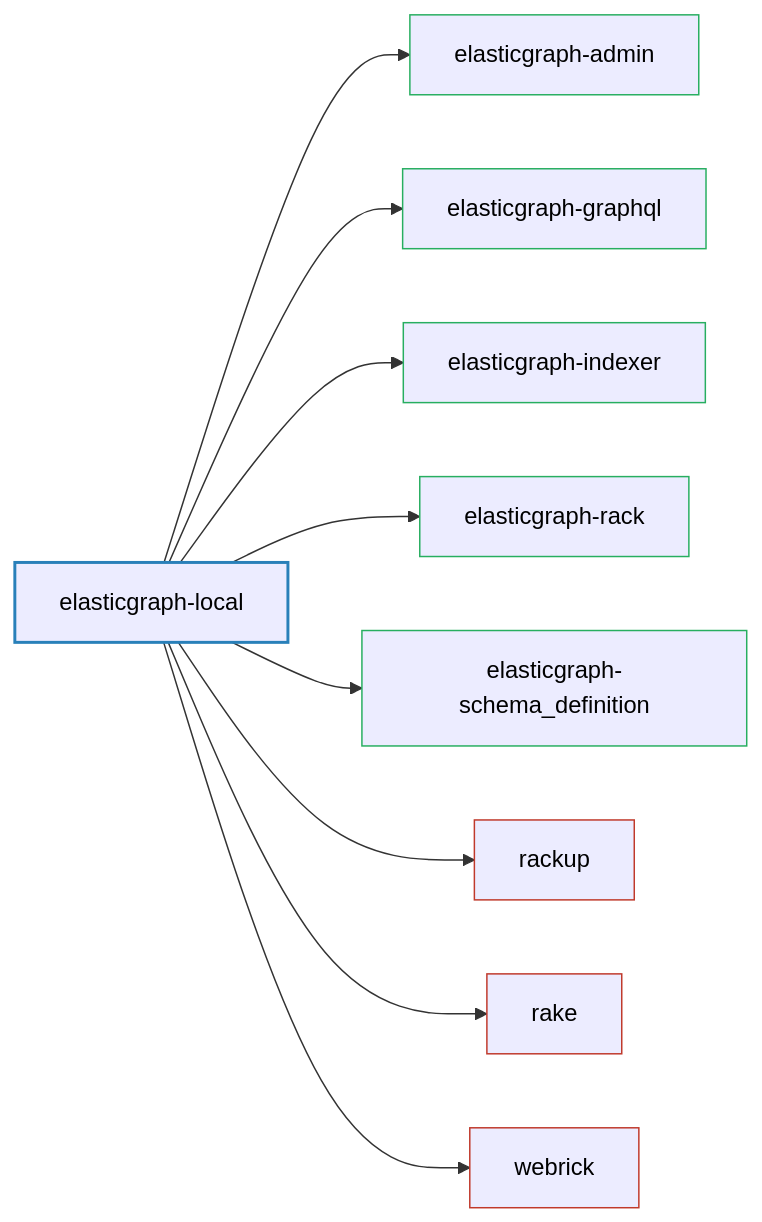
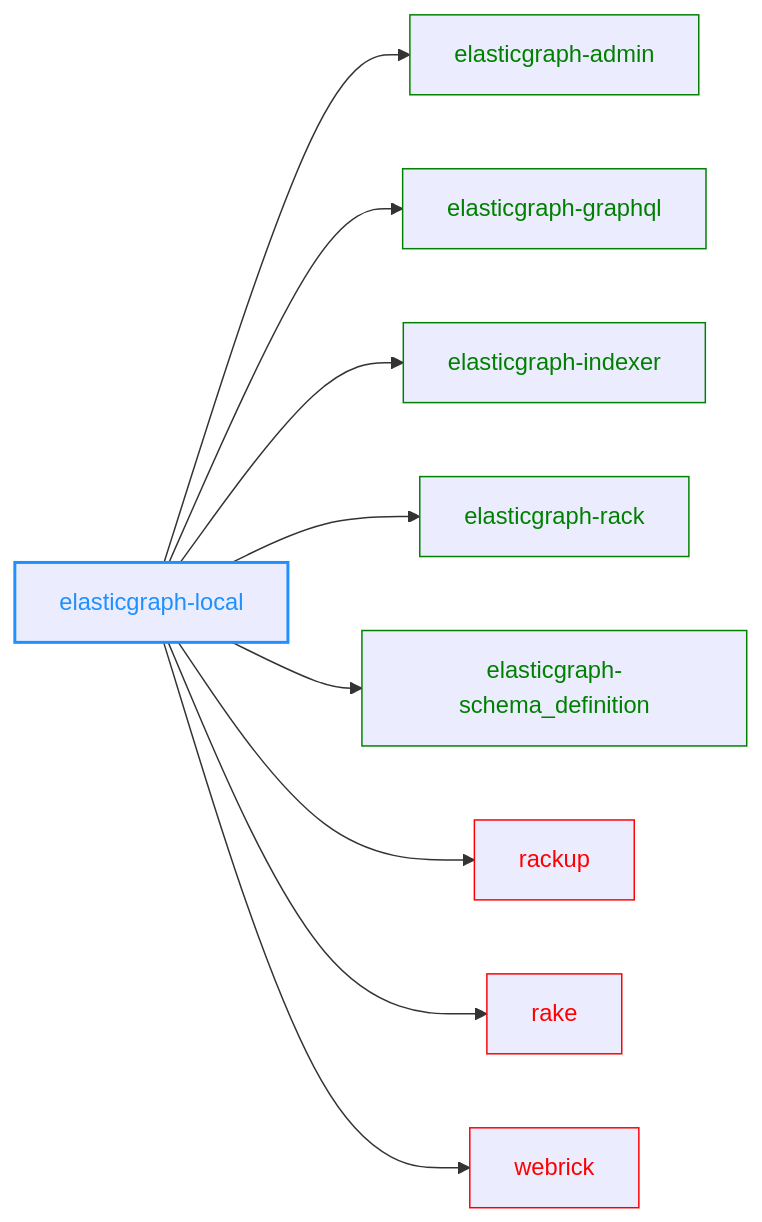
The diagram in elasticgraph-local/README.md (block/elasticgraph), drawn with Mermaid before and after one commit. The commit also changed 23 other files, not shown here.

````diff
--- a/elasticgraph-local/README.md
+++ b/elasticgraph-local/README.md
@@ -9,29 +9,32 @@
 ```mermaid
 graph LR;
     elasticgraph-local["elasticgraph-local"];
     elasticgraph-admin["elasticgraph-admin"];
     elasticgraph-local --> elasticgraph-admin;
     elasticgraph-graphql["elasticgraph-graphql"];
     elasticgraph-local --> elasticgraph-graphql;
     elasticgraph-indexer["elasticgraph-indexer"];
     elasticgraph-local --> elasticgraph-indexer;
     elasticgraph-rack["elasticgraph-rack"];
     elasticgraph-local --> elasticgraph-rack;
     elasticgraph-schema_definition["elasticgraph-schema_definition"];
     elasticgraph-local --> elasticgraph-schema_definition;
     rackup["rackup"];
     elasticgraph-local --> rackup;
     rake["rake"];
     elasticgraph-local --> rake;
     webrick["webrick"];
     elasticgraph-local --> webrick;
-    style elasticgraph-local fill:#lightblue,stroke:#2980b9,stroke-width:2px,color:#000;
-    style elasticgraph-admin fill:#lightgreen,stroke:#27ae60,stroke-width:1px,color:#000;
-    style elasticgraph-graphql fill:#lightgreen,stroke:#27ae60,stroke-width:1px,color:#000;
-    style elasticgraph-indexer fill:#lightgreen,stroke:#27ae60,stroke-width:1px,color:#000;
-    style elasticgraph-rack fill:#lightgreen,stroke:#27ae60,stroke-width:1px,color:#000;
-    style elasticgraph-schema_definition fill:#lightgreen,stroke:#27ae60,stroke-width:1px,color:#000;
-    style rackup fill:#lightcoral,stroke:#c0392b,stroke-width:1px,color:#000;
-    style rake fill:#lightcoral,stroke:#c0392b,stroke-width:1px,color:#000;
-    style webrick fill:#lightcoral,stroke:#c0392b,stroke-width:1px,color:#000;
+    style elasticgraph-local color:DodgerBlue,stroke-width:2px,stroke:DodgerBlue;
+    style elasticgraph-admin color:Green,stroke:Green;
+    style elasticgraph-graphql color:Green,stroke:Green;
+    style elasticgraph-indexer color:Green,stroke:Green;
+    style elasticgraph-rack color:Green,stroke:Green;
+    style elasticgraph-schema_definition color:Green,stroke:Green;
+    style rackup color:Red,stroke:Red;
+    style rake color:Red,stroke:Red;
+    style webrick color:Red,stroke:Red;
+    click rackup href "https://rubygems.org/gems/rackup" "Open on RubyGems.org" _blank;
+    click rake href "https://rubygems.org/gems/rake" "Open on RubyGems.org" _blank;
+    click webrick href "https://rubygems.org/gems/webrick" "Open on RubyGems.org" _blank;
 ```
````
